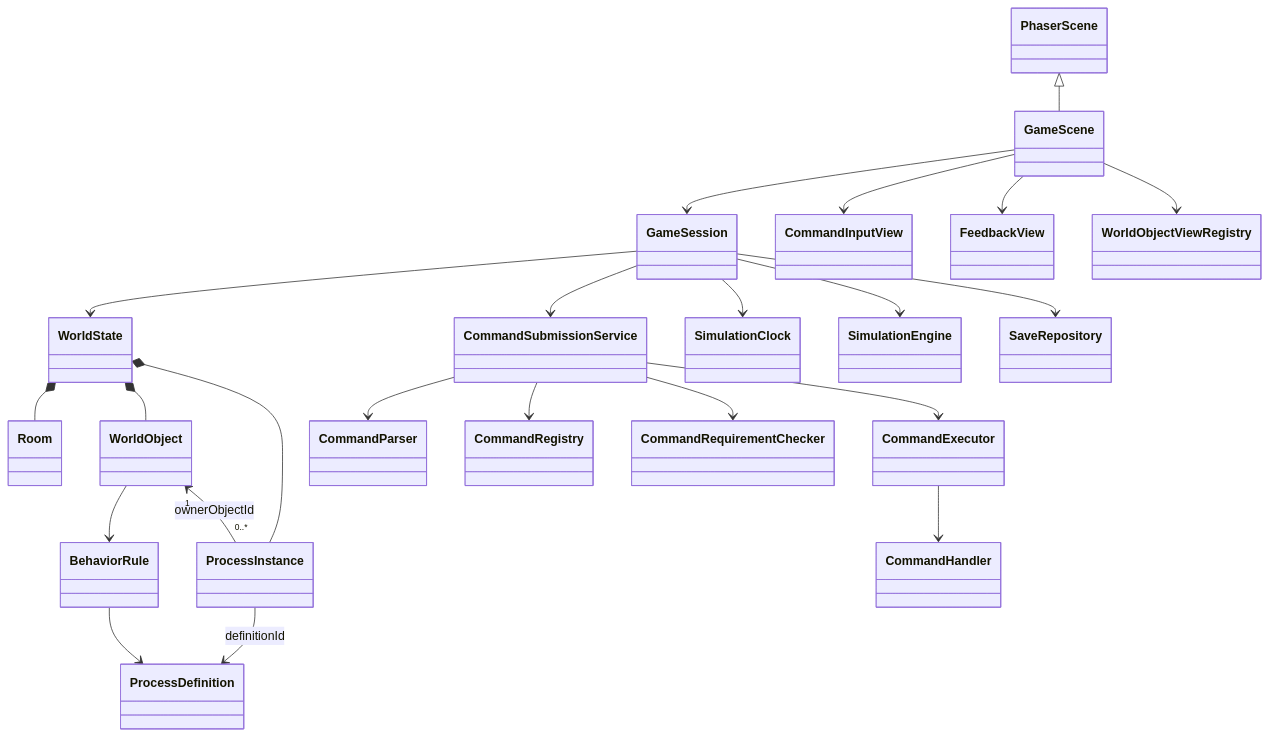
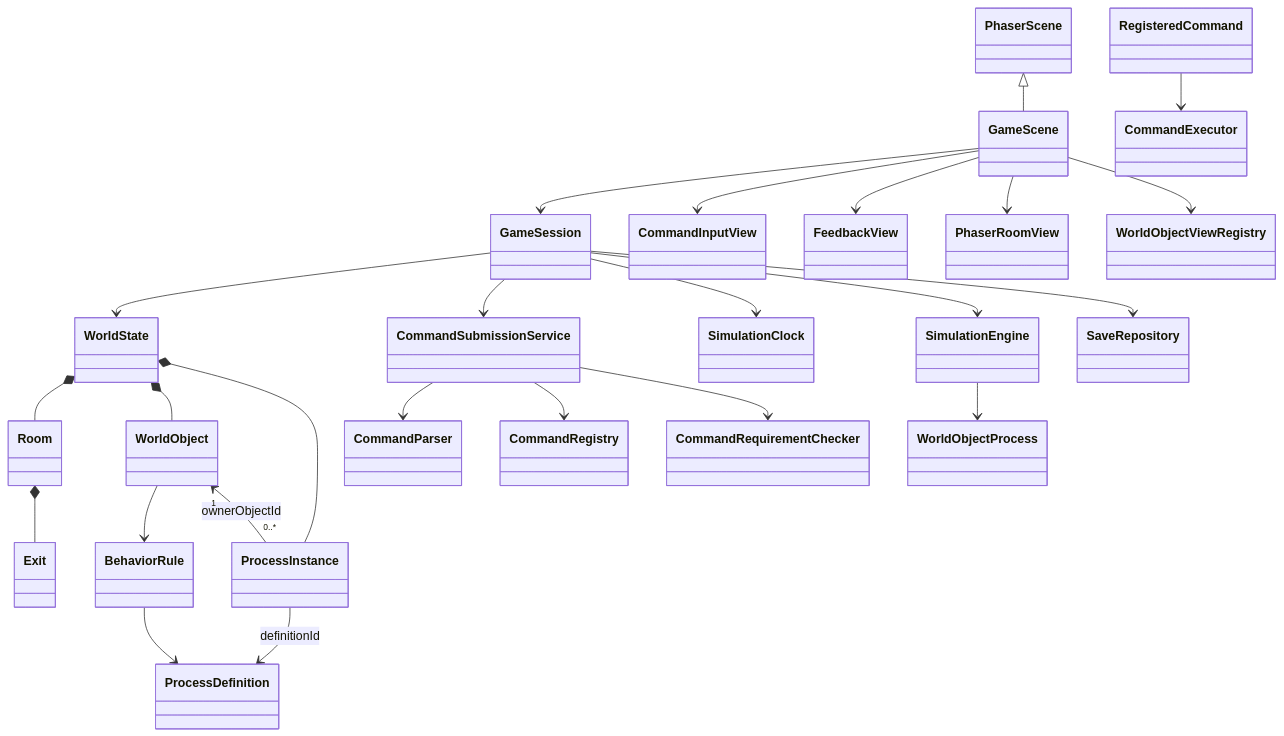
Before and after one commit to ChienJonathan/hack_game: the diagram in docs/architecture.md, drawn with Mermaid. The commit also changed other lines of this file and 39 other files, not shown here.

````diff
--- a/docs/architecture.md
+++ b/docs/architecture.md
@@ -60,28 +67,30 @@
 ```mermaid
 classDiagram
   PhaserScene <|-- GameScene
   GameScene --> GameSession
   GameScene --> CommandInputView
   GameScene --> FeedbackView
+  GameScene --> PhaserRoomView
   GameScene --> WorldObjectViewRegistry
 
   GameSession --> WorldState
   GameSession --> CommandSubmissionService
   GameSession --> SimulationClock
   GameSession --> SimulationEngine
   GameSession --> SaveRepository
 
   WorldState *-- Room
+  Room *-- Exit
   WorldState *-- WorldObject
   WorldState *-- ProcessInstance
   WorldObject --> BehaviorRule
   BehaviorRule --> ProcessDefinition
   WorldObject "1" <-- "0..*" ProcessInstance : ownerObjectId
   ProcessInstance --> ProcessDefinition : definitionId
 
   CommandSubmissionService --> CommandParser
   CommandSubmissionService --> CommandRegistry
   CommandSubmissionService --> CommandRequirementChecker
-  CommandSubmissionService --> CommandExecutor
-  CommandExecutor --> CommandHandler
+  RegisteredCommand --> CommandExecutor
+  SimulationEngine --> WorldObjectProcess
 ```
````
